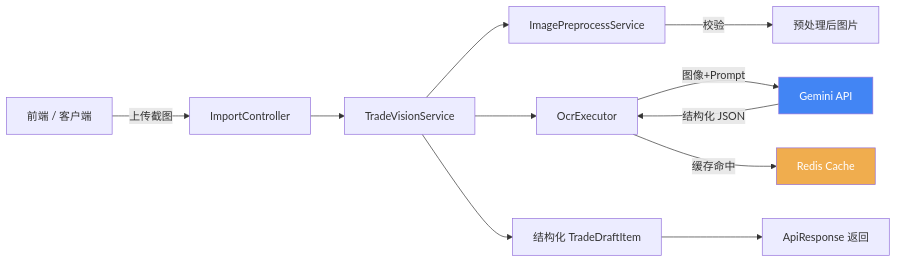
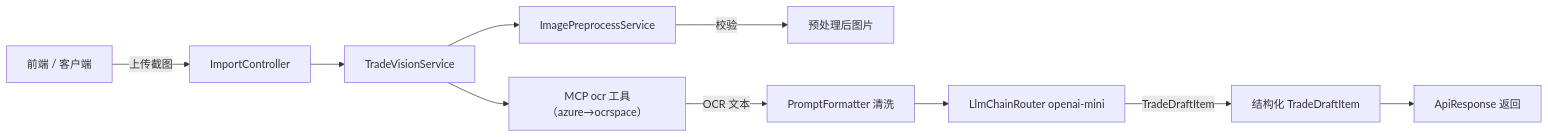
Before and after one commit to loveheng/stock-calculator-service: the first of 3 diagrams in README.md, drawn with Mermaid. The commit also changed other lines of this file and 123 other files, not shown here.

````diff
--- a/README.md
+++ b/README.md
@@ -29,16 +29,12 @@
 ```mermaid
 flowchart LR
     A[前端 / 客户端] -->|上传截图| B[ImportController]
     B --> C[TradeVisionService]
     C --> D[ImagePreprocessService]
     D -->|校验| E[预处理后图片]
-    C --> F[OcrExecutor]
-    F -->|图像+Prompt| G[Gemini API]
-    G -->|结构化 JSON| F
-    F -->|缓存命中| H[Redis Cache]
-    C --> I[结构化 TradeDraftItem]
+    C --> F[MCP ocr 工具（azure→ocrspace）]
+    F -->|OCR 文本| K[PromptFormatter 清洗]
+    K --> L[LlmChainRouter openai-mini]
+    L -->|TradeDraftItem| I[结构化 TradeDraftItem]
     I --> J[ApiResponse 返回]
-
-    style G fill:#4285F4,color:#fff
-    style H fill:#f0ad4e,color:#fff
 ```
````
